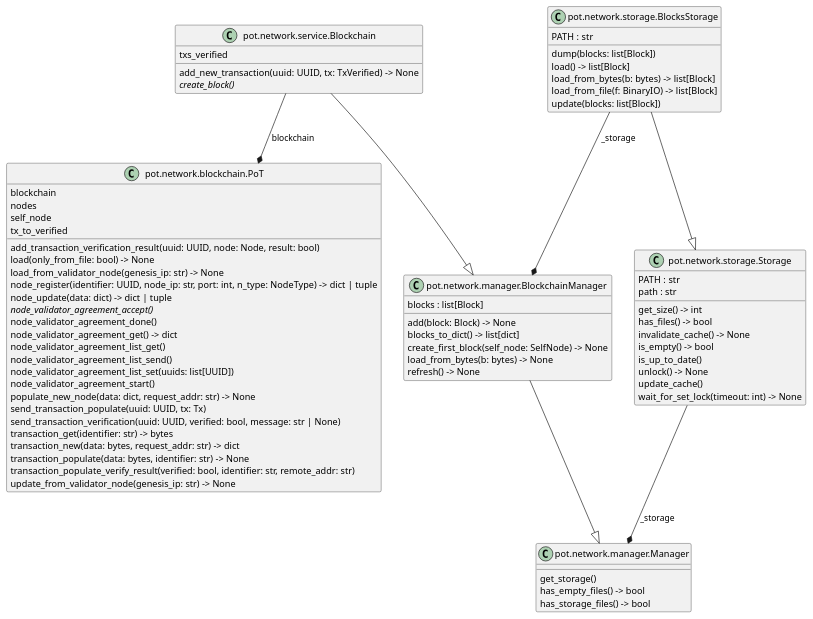
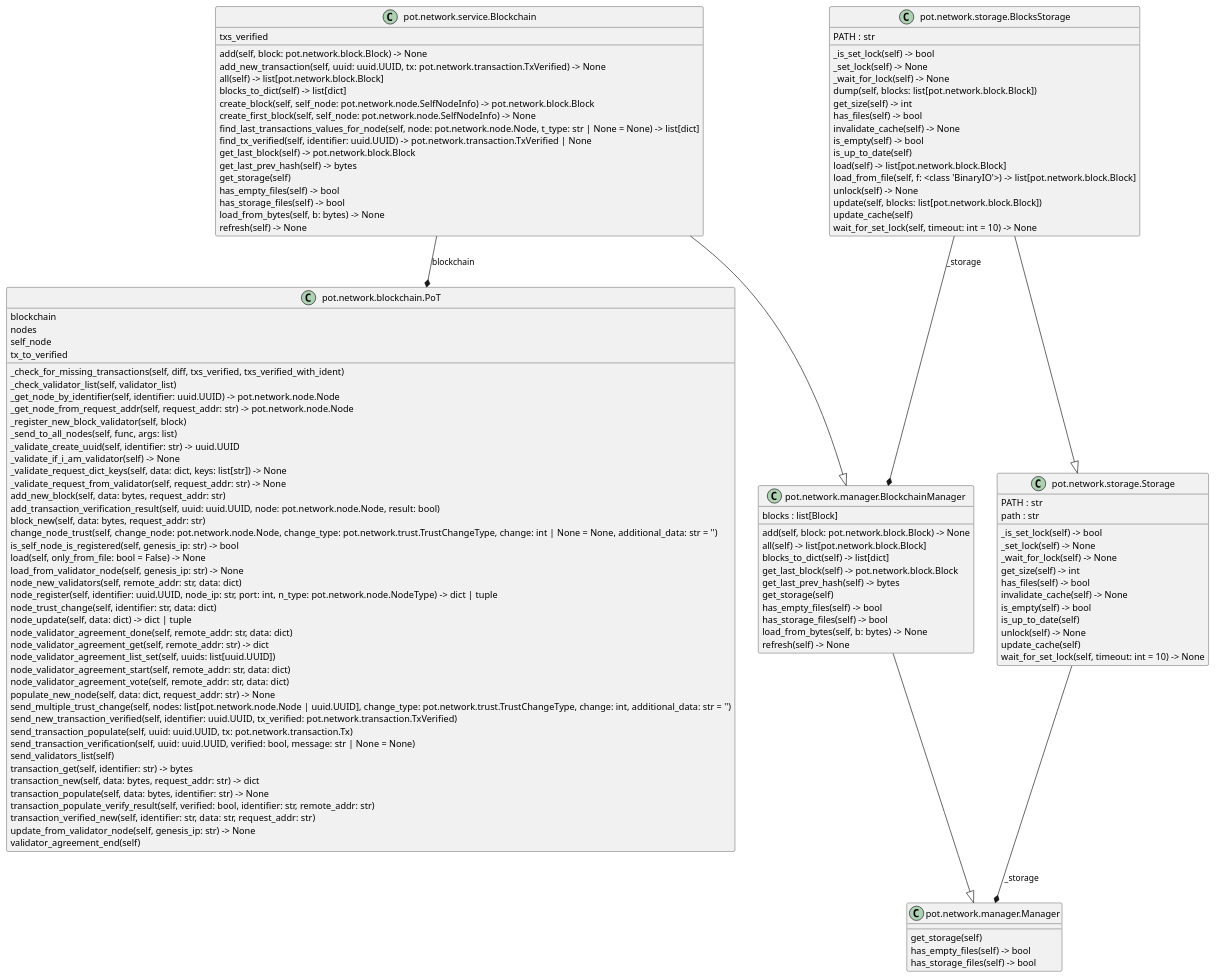
One commit to pjpawel/pos-iot changed the diagram in doc/service.puml. Above: the diagram before and after it, drawn with PlantUML. The commit also changed 7 other files, not shown here.

Commit message:
Aktualizacja diagramów

```diff
--- a/doc/service.puml
+++ b/doc/service.puml
@@ -1,73 +1,123 @@
 @startuml classes
 set namespaceSeparator none
 class "pot.network.blockchain.PoT" as pot.network.blockchain.PoT {
   blockchain
   nodes
   self_node
   tx_to_verified
-  add_transaction_verification_result(uuid: UUID, node: Node, result: bool)
-  load(only_from_file: bool) -> None
-  load_from_validator_node(genesis_ip: str) -> None
-  node_register(identifier: UUID, node_ip: str, port: int, n_type: NodeType) -> dict | tuple
-  node_update(data: dict) -> dict | tuple
-  {abstract}node_validator_agreement_accept()
-  node_validator_agreement_done()
-  node_validator_agreement_get() -> dict
-  node_validator_agreement_list_get()
-  node_validator_agreement_list_send()
-  node_validator_agreement_list_set(uuids: list[UUID])
-  node_validator_agreement_start()
-  populate_new_node(data: dict, request_addr: str) -> None
-  send_transaction_populate(uuid: UUID, tx: Tx)
-  send_transaction_verification(uuid: UUID, verified: bool, message: str | None)
-  transaction_get(identifier: str) -> bytes
-  transaction_new(data: bytes, request_addr: str) -> dict
-  transaction_populate(data: bytes, identifier: str) -> None
-  transaction_populate_verify_result(verified: bool, identifier: str, remote_addr: str)
-  update_from_validator_node(genesis_ip: str) -> None
+  _check_for_missing_transactions(self, diff, txs_verified, txs_verified_with_ident)
+  _check_validator_list(self, validator_list)
+  _get_node_by_identifier(self, identifier: uuid.UUID) -> pot.network.node.Node
+  _get_node_from_request_addr(self, request_addr: str) -> pot.network.node.Node
+  _register_new_block_validator(self, block)
+  _send_to_all_nodes(self, func, args: list)
+  _validate_create_uuid(self, identifier: str) -> uuid.UUID
+  _validate_if_i_am_validator(self) -> None
+  _validate_request_dict_keys(self, data: dict, keys: list[str]) -> None
+  _validate_request_from_validator(self, request_addr: str) -> None
+  add_new_block(self, data: bytes, request_addr: str)
+  add_transaction_verification_result(self, uuid: uuid.UUID, node: pot.network.node.Node, result: bool)
+  block_new(self, data: bytes, request_addr: str)
+  change_node_trust(self, change_node: pot.network.node.Node, change_type: pot.network.trust.TrustChangeType, change: int | None = None, additional_data: str = '')
+  is_self_node_is_registered(self, genesis_ip: str) -> bool
+  load(self, only_from_file: bool = False) -> None
+  load_from_validator_node(self, genesis_ip: str) -> None
+  node_new_validators(self, remote_addr: str, data: dict)
+  node_register(self, identifier: uuid.UUID, node_ip: str, port: int, n_type: pot.network.node.NodeType) -> dict | tuple
+  node_trust_change(self, identifier: str, data: dict)
+  node_update(self, data: dict) -> dict | tuple
+  node_validator_agreement_done(self, remote_addr: str, data: dict)
+  node_validator_agreement_get(self, remote_addr: str) -> dict
+  node_validator_agreement_list_set(self, uuids: list[uuid.UUID])
+  node_validator_agreement_start(self, remote_addr: str, data: dict)
+  node_validator_agreement_vote(self, remote_addr: str, data: dict)
+  populate_new_node(self, data: dict, request_addr: str) -> None
+  send_multiple_trust_change(self, nodes: list[pot.network.node.Node | uuid.UUID], change_type: pot.network.trust.TrustChangeType, change: int, additional_data: str = '')
+  send_new_transaction_verified(self, identifier: uuid.UUID, tx_verified: pot.network.transaction.TxVerified)
+  send_transaction_populate(self, uuid: uuid.UUID, tx: pot.network.transaction.Tx)
+  send_transaction_verification(self, uuid: uuid.UUID, verified: bool, message: str | None = None)
+  send_validators_list(self)
+  transaction_get(self, identifier: str) -> bytes
+  transaction_new(self, data: bytes, request_addr: str) -> dict
+  transaction_populate(self, data: bytes, identifier: str) -> None
+  transaction_populate_verify_result(self, verified: bool, identifier: str, remote_addr: str)
+  transaction_verified_new(self, identifier: str, data: str, request_addr: str)
+  update_from_validator_node(self, genesis_ip: str) -> None
+  validator_agreement_end(self)
 }
 class "pot.network.manager.Manager" as pot.network.manager.Manager {
-  get_storage()
-  has_empty_files() -> bool
-  has_storage_files() -> bool
+  get_storage(self)
+  has_empty_files(self) -> bool
+  has_storage_files(self) -> bool
 }
 class "pot.network.storage.Storage" as pot.network.storage.Storage {
   PATH : str
   path : str
-  get_size() -> int
-  has_files() -> bool
-  invalidate_cache() -> None
-  is_empty() -> bool
-  is_up_to_date()
-  unlock() -> None
-  update_cache()
-  wait_for_set_lock(timeout: int) -> None
+  _is_set_lock(self) -> bool
+  _set_lock(self) -> None
+  _wait_for_lock(self) -> None
+  get_size(self) -> int
+  has_files(self) -> bool
+  invalidate_cache(self) -> None
+  is_empty(self) -> bool
+  is_up_to_date(self)
+  unlock(self) -> None
+  update_cache(self)
+  wait_for_set_lock(self, timeout: int = 10) -> None
 }
 class "pot.network.service.Blockchain" as pot.network.service.Blockchain {
   txs_verified
-  add_new_transaction(uuid: UUID, tx: TxVerified) -> None
-  {abstract}create_block()
+  add(self, block: pot.network.block.Block) -> None
+  add_new_transaction(self, uuid: uuid.UUID, tx: pot.network.transaction.TxVerified) -> None
+  all(self) -> list[pot.network.block.Block]
+  blocks_to_dict(self) -> list[dict]
+  create_block(self, self_node: pot.network.node.SelfNodeInfo) -> pot.network.block.Block
+  create_first_block(self, self_node: pot.network.node.SelfNodeInfo) -> None
+  find_last_transactions_values_for_node(self, node: pot.network.node.Node, t_type: str | None = None) -> list[dict]
+  find_tx_verified(self, identifier: uuid.UUID) -> pot.network.transaction.TxVerified | None
+  get_last_block(self) -> pot.network.block.Block
+  get_last_prev_hash(self) -> bytes
+  get_storage(self)
+  has_empty_files(self) -> bool
+  has_storage_files(self) -> bool
+  load_from_bytes(self, b: bytes) -> None
+  refresh(self) -> None
 }
 class "pot.network.manager.BlockchainManager" as pot.network.manager.BlockchainManager {
   blocks : list[Block]
-  add(block: Block) -> None
-  blocks_to_dict() -> list[dict]
-  create_first_block(self_node: SelfNode) -> None
-  load_from_bytes(b: bytes) -> None
-  refresh() -> None
+  add(self, block: pot.network.block.Block) -> None
+  all(self) -> list[pot.network.block.Block]
+  blocks_to_dict(self) -> list[dict]
+  get_last_block(self) -> pot.network.block.Block
+  get_last_prev_hash(self) -> bytes
+  get_storage(self)
+  has_empty_files(self) -> bool
+  has_storage_files(self) -> bool
+  load_from_bytes(self, b: bytes) -> None
+  refresh(self) -> None
 }
 class "pot.network.storage.BlocksStorage" as pot.network.storage.BlocksStorage {
   PATH : str
-  dump(blocks: list[Block])
-  load() -> list[Block]
-  load_from_bytes(b: bytes) -> list[Block]
-  load_from_file(f: BinaryIO) -> list[Block]
-  update(blocks: list[Block])
+  _is_set_lock(self) -> bool
+  _set_lock(self) -> None
+  _wait_for_lock(self) -> None
+  dump(self, blocks: list[pot.network.block.Block])
+  get_size(self) -> int
+  has_files(self) -> bool
+  invalidate_cache(self) -> None
+  is_empty(self) -> bool
+  is_up_to_date(self)
+  load(self) -> list[pot.network.block.Block]
+  load_from_file(self, f: <class 'BinaryIO'>) -> list[pot.network.block.Block]
+  unlock(self) -> None
+  update(self, blocks: list[pot.network.block.Block])
+  update_cache(self)
+  wait_for_set_lock(self, timeout: int = 10) -> None
 }
 pot.network.storage.BlocksStorage --|> pot.network.storage.Storage
 pot.network.manager.BlockchainManager --|> pot.network.manager.Manager
 pot.network.storage.BlocksStorage --* pot.network.manager.BlockchainManager : _storage
 pot.network.storage.Storage --* pot.network.manager.Manager : _storage
 pot.network.service.Blockchain --|> pot.network.manager.BlockchainManager
 pot.network.service.Blockchain --* pot.network.blockchain.PoT : blockchain
 @enduml
```
